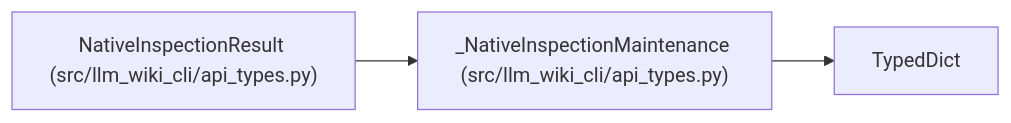
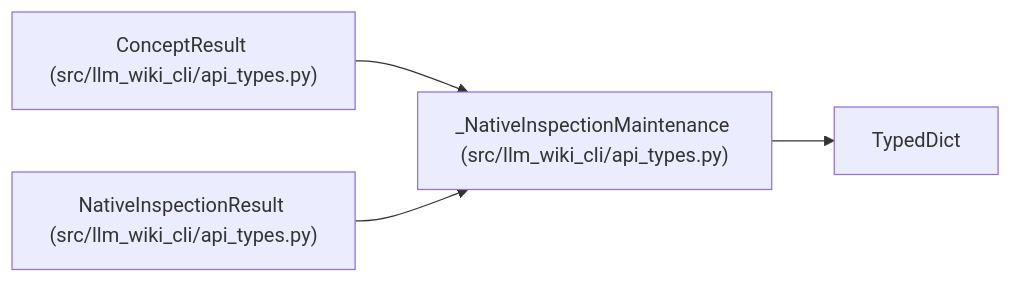
The diagram in docs/llm_wiki/entities/NativeInspectionMaintenance.md (Denissvgn/python-wiki-llm), drawn with Mermaid before and after one commit. The commit also changed other lines of this file and 408 other files, not shown here.

````diff
--- a/docs/llm_wiki/entities/NativeInspectionMaintenance.md
+++ b/docs/llm_wiki/entities/NativeInspectionMaintenance.md
@@ -25,10 +25,13 @@
 ```mermaid
 flowchart LR
     n0["_NativeInspectionMaintenance (src/llm_wiki_cli/api_types.py)"]
     n1["TypedDict"]
-    n2["NativeInspectionResult (src/llm_wiki_cli/api_types.py)"]
+    n2["ConceptResult (src/llm_wiki_cli/api_types.py)"]
+    n3["NativeInspectionResult (src/llm_wiki_cli/api_types.py)"]
     n0 --> n1
     n2 --> n0
+    n3 --> n0
     click n0 "../modules/api_types.md"
     click n2 "../modules/api_types.md"
+    click n3 "../modules/api_types.md"
 ```
````
